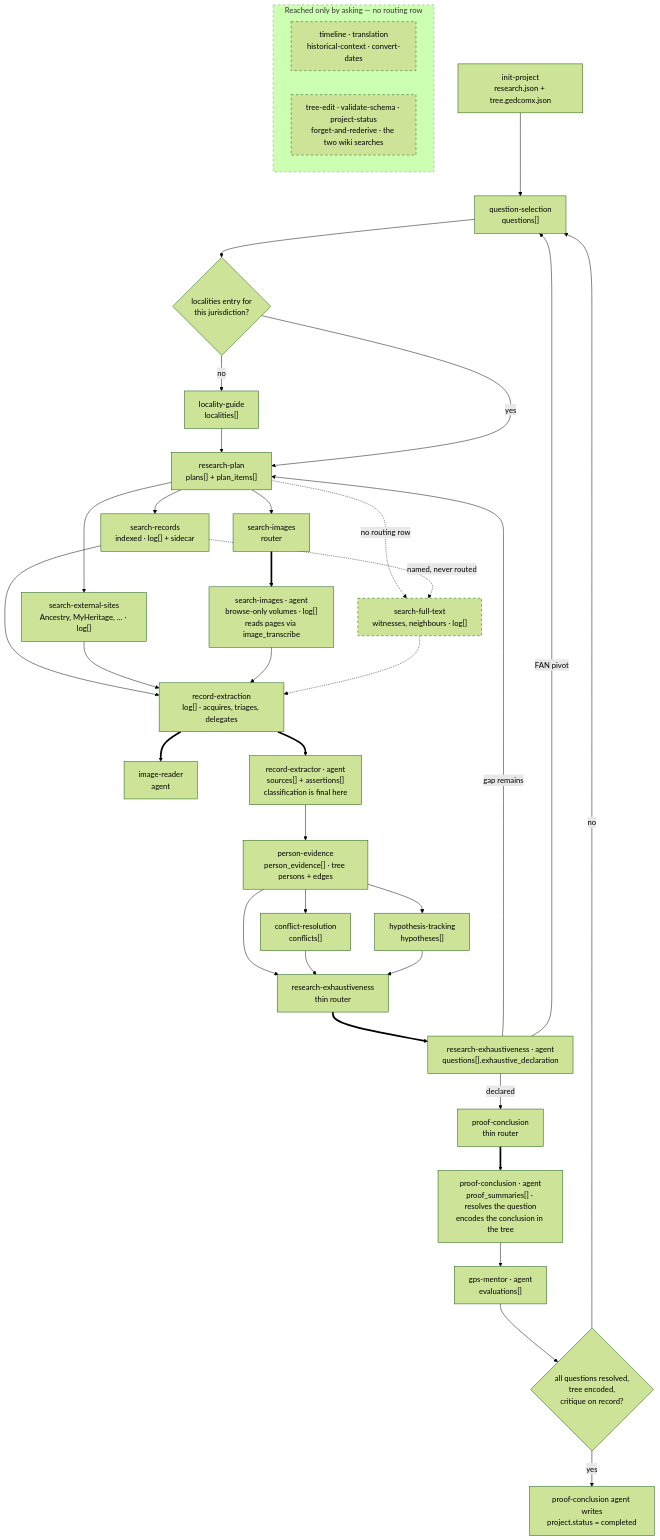
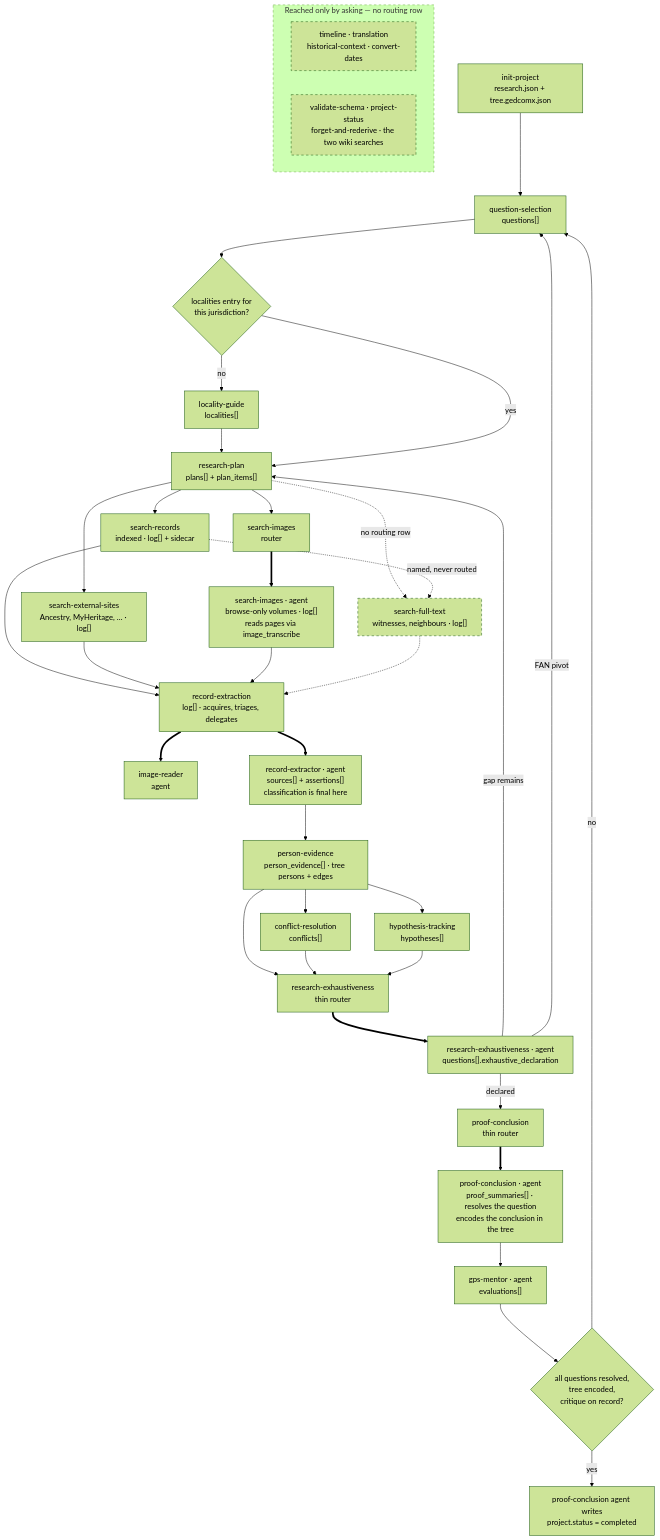
The diagram in docs/skill-dataflow.md (PioneerAIAcademy/cowork-genealogy), drawn with Mermaid (forest theme) before and after one commit. The commit also changed other lines of this file and 44 other files, not shown here.

````diff
--- a/docs/skill-dataflow.md
+++ b/docs/skill-dataflow.md
@@ -58,53 +58,53 @@
 ```mermaid
 flowchart TD
     IP["init-project<br/>research.json + tree.gedcomx.json"] --> QS
     QS["question-selection<br/>questions[]"] --> LOCGATE
     LOCGATE{"localities entry for<br/>this jurisdiction?"}
     LOCGATE -- no --> LG["locality-guide<br/>localities[]"] --> RP
     LOCGATE -- yes --> RP["research-plan<br/>plans[] + plan_items[]"]
 
     RP --> SR["search-records<br/>indexed · log[] + sidecar"]
     RP --> SE["search-external-sites<br/>Ancestry, MyHeritage, … · log[]"]
     RP --> SI["search-images<br/>router"]
     RP -.->|"no routing row"| SF["search-full-text<br/>witnesses, neighbours · log[]"]
     SR -.->|"named, never routed"| SF
 
     SI ==> SIA["search-images · agent<br/>browse-only volumes · log[]<br/>reads pages via image_transcribe"]
     RE ==> IR["image-reader<br/>agent"]
 
     SR --> RE
     SE --> RE
     SIA --> RE
     SF -.-> RE
     RE["record-extraction<br/>log[] · acquires, triages, delegates"]
     RE ==> RX["record-extractor · agent<br/>sources[] + assertions[]<br/>classification is final here"]
 
     RX --> PE["person-evidence<br/>person_evidence[] · tree persons + edges"]
     PE --> CR["conflict-resolution<br/>conflicts[]"]
     PE --> HT["hypothesis-tracking<br/>hypotheses[]"]
     PE --> EX
     CR --> EX
     HT --> EX
 
     EX["research-exhaustiveness<br/>thin router"]
     EX ==> EXA["research-exhaustiveness · agent<br/>questions[].exhaustive_declaration"]
     EXA -- "gap remains" --> RP
     EXA -- "FAN pivot" --> QS
     EXA -- "declared" --> PC
 
     PC["proof-conclusion<br/>thin router"]
     PC ==> PCA["proof-conclusion · agent<br/>proof_summaries[] · resolves the question<br/>encodes the conclusion in the tree"]
     PCA --> GM["gps-mentor · agent<br/>evaluations[]"]
     GM --> GATE{"all questions resolved,<br/>tree encoded,<br/>critique on record?"}
     GATE -- no --> QS
     GATE -- yes --> DONE["proof-conclusion agent writes<br/>project.status = completed"]
 
     subgraph ASK ["Reached only by asking — no routing row"]
         direction LR
         U1["timeline · translation<br/>historical-context · convert-dates"]
-        U2["tree-edit · validate-schema · project-status<br/>forget-and-rederive · the two wiki searches"]
+        U2["validate-schema · project-status<br/>forget-and-rederive · the two wiki searches"]
     end
 
     classDef unrouted stroke-dasharray: 5 5
     class SF,ASK,U1,U2 unrouted
 ```
````
